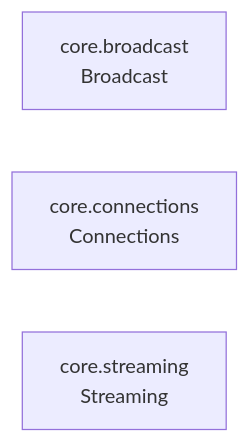
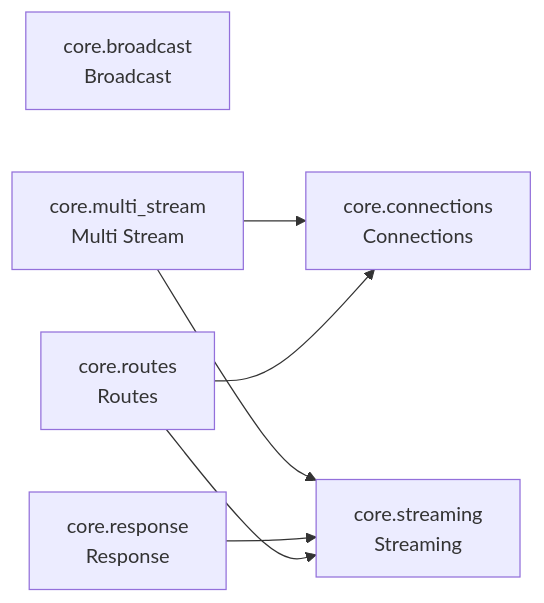
One commit to cj-mills/cjm-fasthtml-sse changed the diagram in README.md. Above: the diagram before and after it, drawn with Mermaid. The commit also changed other lines of this file and 10 other files, not shown here.

Commit message:
Implement multi_steam, routs, and response notebooks.

````diff
--- a/README.md
+++ b/README.md
@@ -24,6 +27,15 @@
 ``` mermaid
 graph LR
     core_broadcast[core.broadcast<br/>Broadcast]
     core_connections[core.connections<br/>Connections]
+    core_multi_stream[core.multi_stream<br/>Multi Stream]
+    core_response[core.response<br/>Response]
+    core_routes[core.routes<br/>Routes]
     core_streaming[core.streaming<br/>Streaming]
+
+    core_multi_stream --> core_connections
+    core_multi_stream --> core_streaming
+    core_response --> core_streaming
+    core_routes --> core_streaming
+    core_routes --> core_connections
 ```
````
